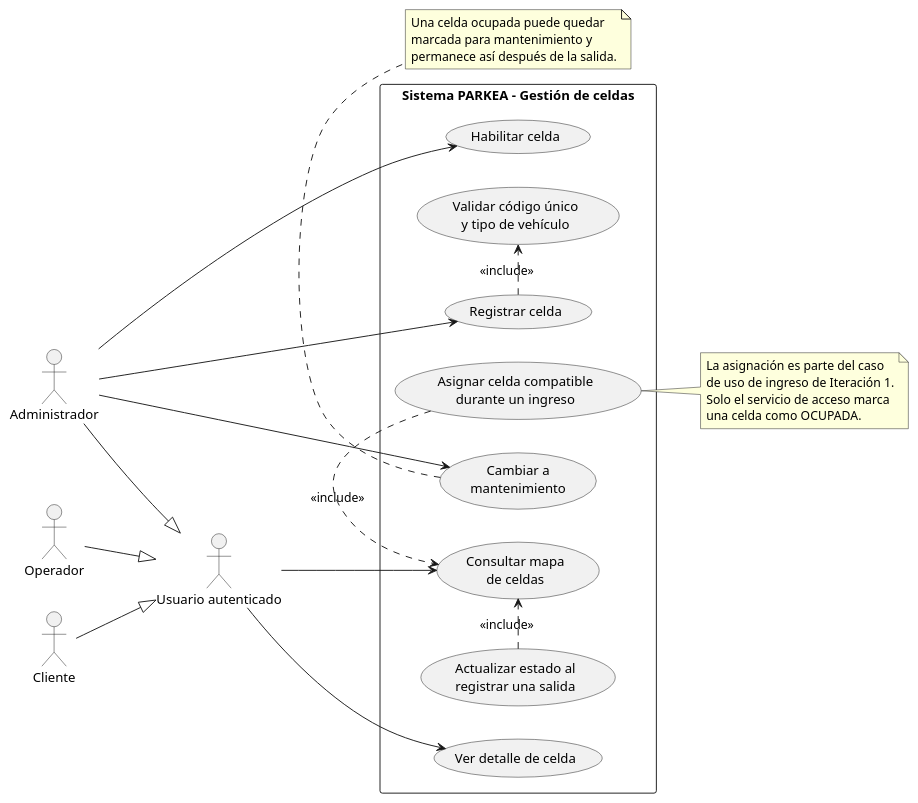
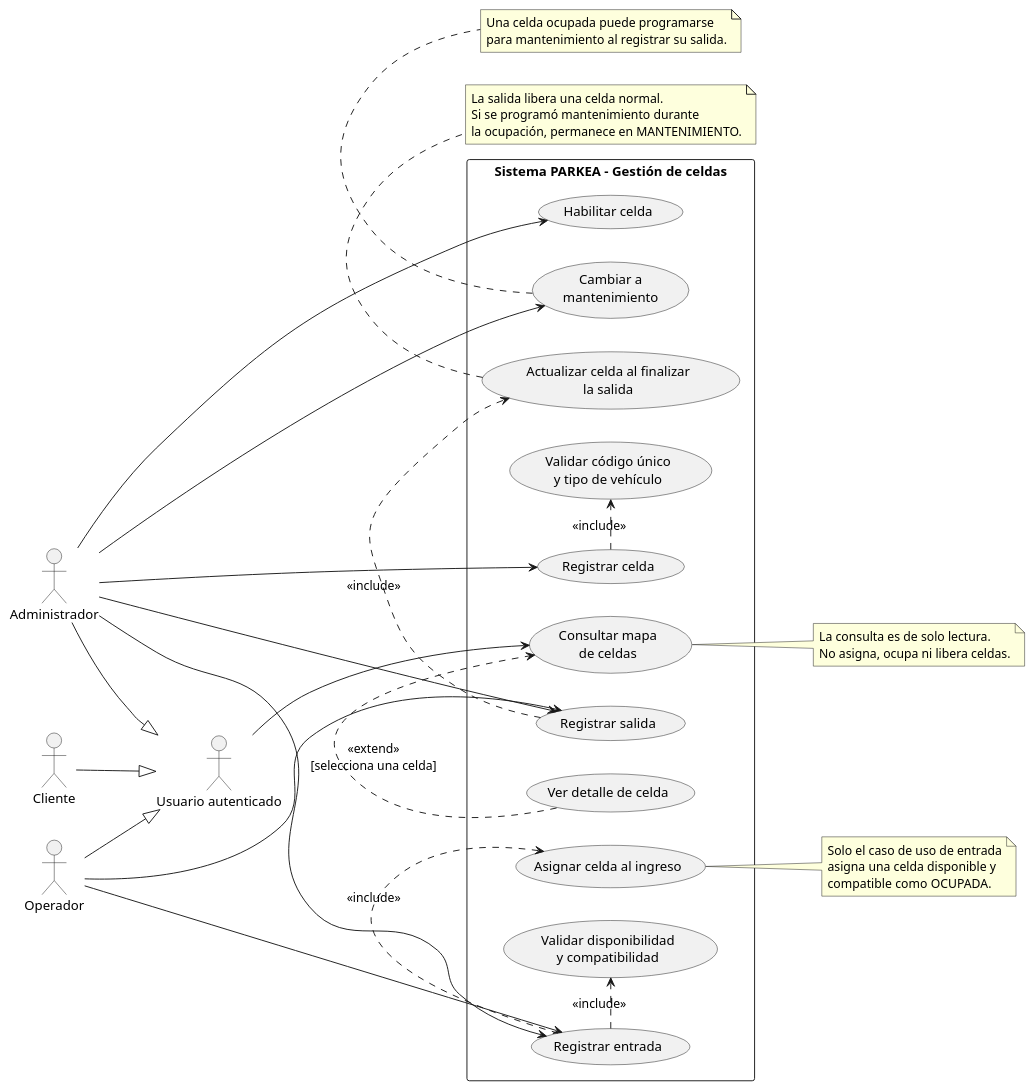
One commit to jdcpa1978-IUD/parkea changed the diagram in entregables/diagramas/02_casos_uso_celdas.puml. Above: the diagram before and after it, drawn with PlantUML. The commit also changed 31 other files, not shown here.

```diff
--- a/entregables/diagramas/02_casos_uso_celdas.puml
+++ b/entregables/diagramas/02_casos_uso_celdas.puml
@@ -1,45 +1,62 @@
 @startuml CasosUso_GestionCeldas
 left to right direction
 skinparam packageStyle rectangle
 
 actor "Usuario autenticado" as Usuario
 actor "Administrador" as Admin
 actor "Operador" as Operador
 actor "Cliente" as Cliente
 Admin --|> Usuario
 Operador --|> Usuario
 Cliente --|> Usuario
 
 rectangle "Sistema PARKEA - Gestión de celdas" {
   usecase "Consultar mapa\nde celdas" as Mapa
   usecase "Ver detalle de celda" as Detalle
   usecase "Registrar celda" as Crear
   usecase "Cambiar a\nmantenimiento" as Mantener
   usecase "Habilitar celda" as Habilitar
   usecase "Validar código único\ny tipo de vehículo" as Validar
-  usecase "Asignar celda compatible\ndurante un ingreso" as Asignar
-  usecase "Actualizar estado al\nregistrar una salida" as Liberar
+  usecase "Registrar entrada" as Entrada
+  usecase "Validar disponibilidad\ny compatibilidad" as ValidarDisponibilidad
+  usecase "Asignar celda al ingreso" as Asignar
+  usecase "Registrar salida" as Salida
+  usecase "Actualizar celda al finalizar\nla salida" as Liberar
 }
 
 Usuario --> Mapa
-Usuario --> Detalle
+Detalle .> Mapa : <<extend>>\n[selecciona una celda]
 Admin --> Crear
 Admin --> Mantener
 Admin --> Habilitar
+Admin --> Entrada
+Admin --> Salida
+Operador --> Entrada
+Operador --> Salida
 Crear .> Validar : <<include>>
-Asignar .> Mapa : <<include>>
-Liberar .> Mapa : <<include>>
+Entrada .> ValidarDisponibilidad : <<include>>
+Entrada .> Asignar : <<include>>
+Salida .> Liberar : <<include>>
+
+note right of Mapa
+La consulta es de solo lectura.
+No asigna, ocupa ni libera celdas.
+end note
 
 note right of Asignar
-La asignación es parte del caso
-de uso de ingreso de Iteración 1.
-Solo el servicio de acceso marca
-una celda como OCUPADA.
+Solo el caso de uso de entrada
+asigna una celda disponible y
+compatible como OCUPADA.
+end note
+
+note bottom of Liberar
+La salida libera una celda normal.
+Si se programó mantenimiento durante
+la ocupación, permanece en MANTENIMIENTO.
 end note
 
 note bottom of Mantener
-Una celda ocupada puede quedar
-marcada para mantenimiento y
-permanece así después de la salida.
+Una celda ocupada puede programarse
+para mantenimiento al registrar su salida.
 end note
 @enduml
```
